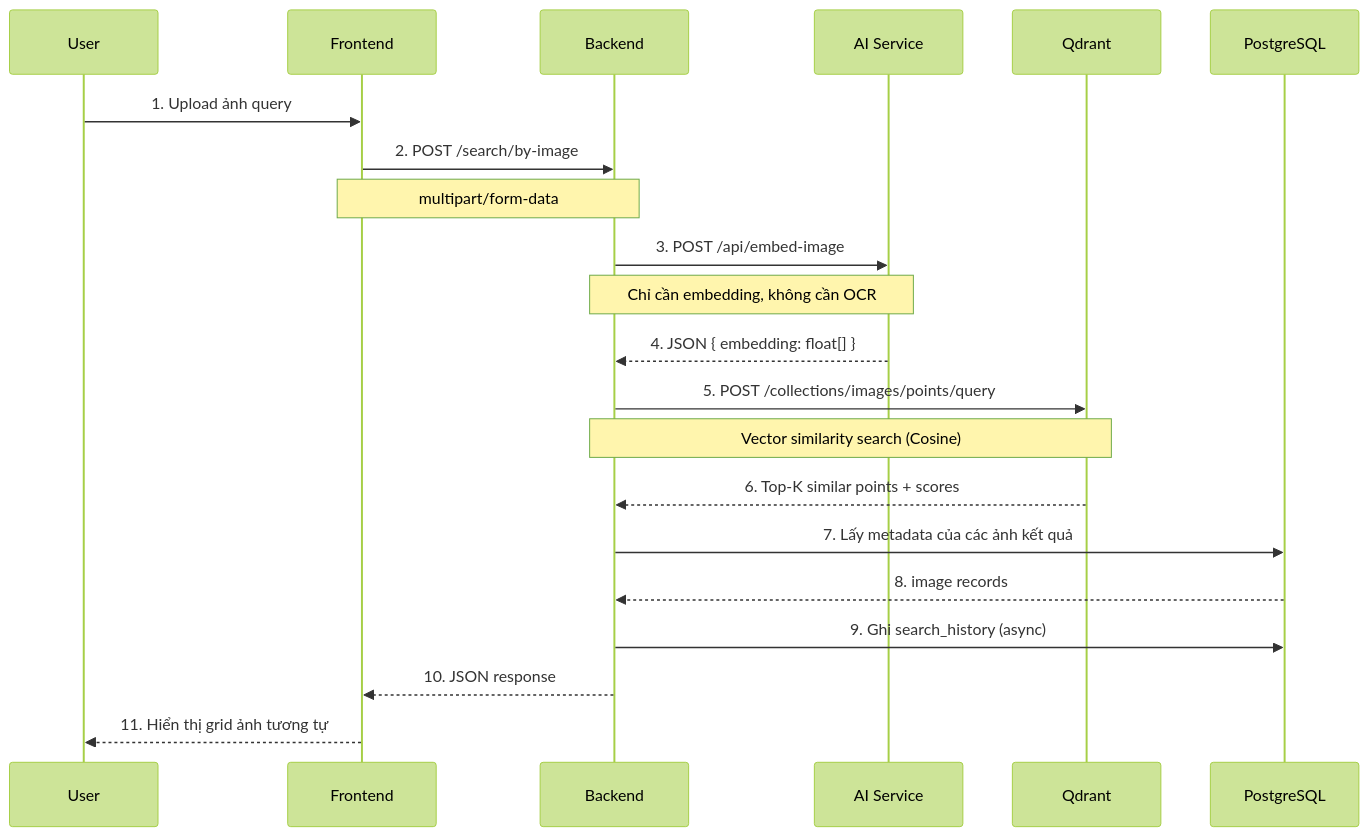
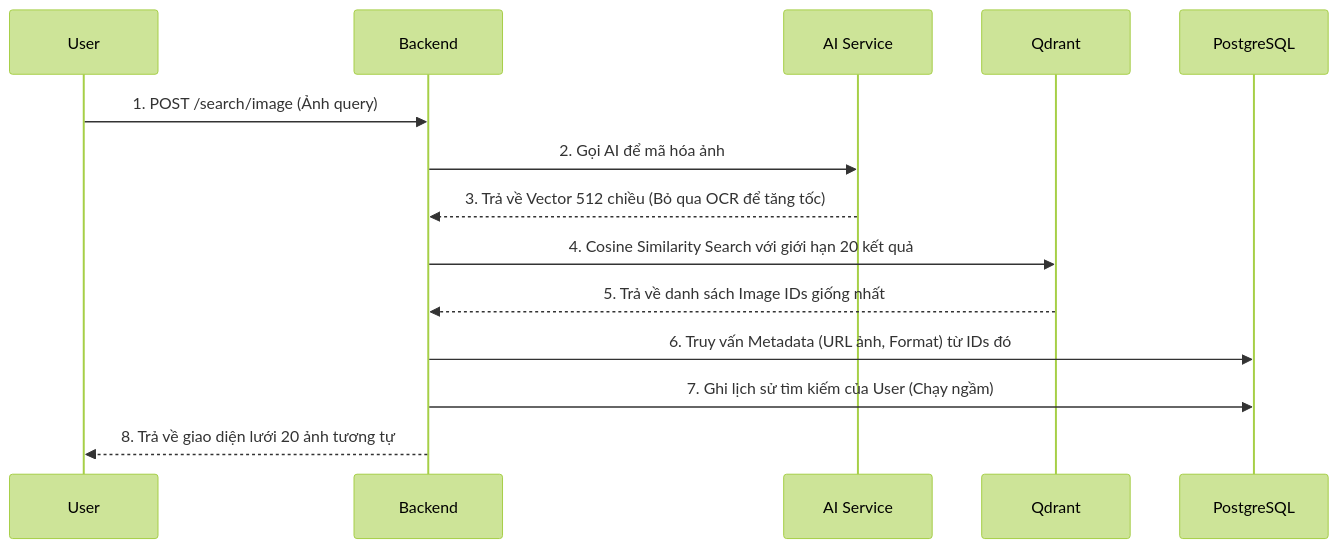
The second of 2 diagrams in docs/api_flow_documentation.md (doanhacker/Nobisoft-Intern), drawn with Mermaid (forest theme) before and after one commit. The commit also changed other lines of this file and 2 other files, not shown here.

Commit message:
git add api document

````diff
--- a/docs/api_flow_documentation.md
+++ b/docs/api_flow_documentation.md
@@ -328,29 +104,17 @@
 ```mermaid
 sequenceDiagram
     participant User
-    participant FE as Frontend
     participant BE as Backend
     participant AI as AI Service
     participant QD as Qdrant
     participant PG as PostgreSQL
 
-    User->>FE: 1. Upload ảnh query
-    FE->>BE: 2. POST /search/by-image
-    Note over FE,BE: multipart/form-data
-
-    BE->>AI: 3. POST /api/embed-image
-    Note over BE,AI: Chỉ cần embedding, không cần OCR
-    AI-->>BE: 4. JSON { embedding: float[] }
-
-    BE->>QD: 5. POST /collections/images/points/query
-    Note over BE,QD: Vector similarity search (Cosine)
-    QD-->>BE: 6. Top-K similar points + scores
-
-    BE->>PG: 7. Lấy metadata của các ảnh kết quả
-    PG-->>BE: 8. image records
-
-    BE->>PG: 9. Ghi search_history (async)
-
-    BE-->>FE: 10. JSON response
-    FE-->>User: 11. Hiển thị grid ảnh tương tự
+    User->>BE: 1. POST /search/image (Ảnh query)
+    BE->>AI: 2. Gọi AI để mã hóa ảnh
+    AI-->>BE: 3. Trả về Vector 512 chiều (Bỏ qua OCR để tăng tốc)
+    BE->>QD: 4. Cosine Similarity Search với giới hạn 20 kết quả
+    QD-->>BE: 5. Trả về danh sách Image IDs giống nhất
+    BE->>PG: 6. Truy vấn Metadata (URL ảnh, Format) từ IDs đó
+    BE->>PG: 7. Ghi lịch sử tìm kiếm của User (Chạy ngầm)
+    BE-->>User: 8. Trả về giao diện lưới 20 ảnh tương tự
 ```
````
